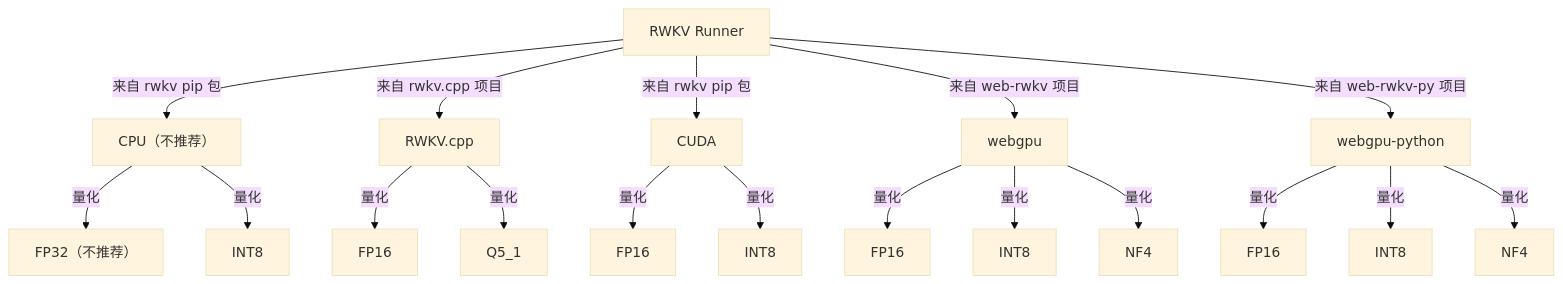
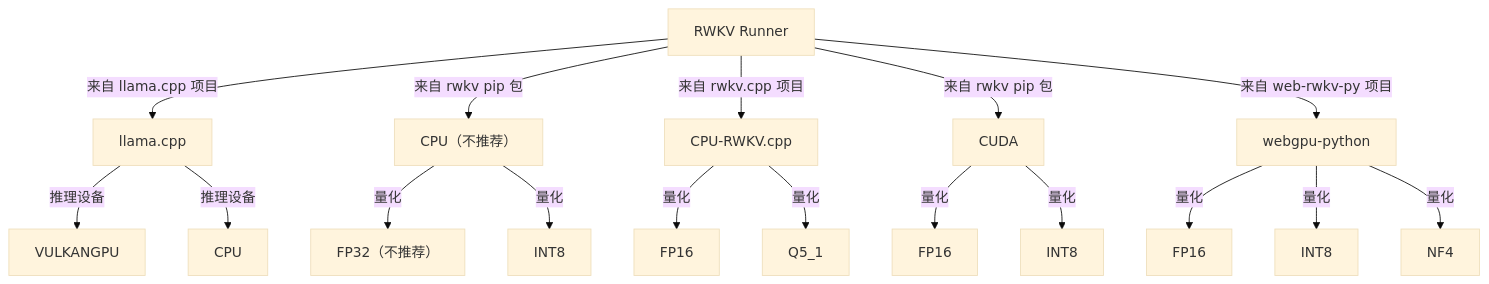
The diagram in content/tutorials/intermediate/RWKV-Runner/Advanced-Usage.mdx (LeoLin4258/rwkvcn-docs), drawn with Mermaid (base theme) before and after one commit. The commit also changed other lines of this file and 2 other files, not shown here.

First line of the commit message:
docs: update RWKV Runner docs  with llama.cpp

````diff
--- a/content/tutorials/intermediate/RWKV-Runner/Advanced-Usage.mdx
+++ b/content/tutorials/intermediate/RWKV-Runner/Advanced-Usage.mdx
@@ -23,26 +21,24 @@
 ```mermaid
 graph TD
-    A[RWKV Runner] -->| 来自 rwkv pip 包 | PIP-CPU[CPU（不推荐）]
-    A -->| 来自 rwkv.cpp  项目 | B[RWKV.cpp]
+    A[RWKV Runner] -->| 来自 llama.cpp 项目 | L[llama.cpp]
+    A -->| 来自 rwkv pip 包 | PIP-CPU[CPU（不推荐）]
+    A -->| 来自 rwkv.cpp  项目 | B[CPU-RWKV.cpp]
     A -->| 来自 rwkv pip 包 | PIP-CUDA[CUDA]
-    A -->| 来自 web-rwkv 项目 | C[webgpu]
-    A -->| 来自 web-rwkv-py 项目 | D[webgpu-python]
+    A -->| 来自 web-rwkv-py 项目 | C[webgpu-python]
 
-        
+        L -->|推理设备| GPU[VULKANGPU]
+        L -->|推理设备| CPU[CPU]
+
+        B -->|量化| B1[FP16]
+        B -->|量化| B2[Q5_1]
+
         PIP-CUDA-->|量化| PIP-CUDA-1[FP16]
         PIP-CUDA-->|量化| PIP-CUDA-2[INT8]
         
         PIP-CPU -->|量化| PIP-CPU1[FP32（不推荐）]
         PIP-CPU -->|量化| PIP-CPU2[INT8]
   
-        B -->|量化| B1[FP16]
-        B -->|量化| B2[Q5_1]
-
         C -->|量化| C1[FP16]
         C -->|量化| C2[INT8]
         C -->|量化| C3[NF4]
-   
-        D -->|量化| D1[FP16]
-        D -->|量化| D2[INT8]
-        D -->|量化| D3[NF4]
 ```
````
